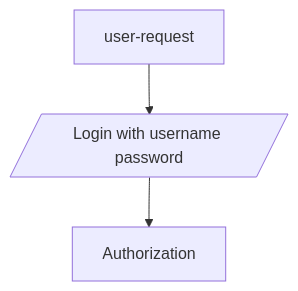
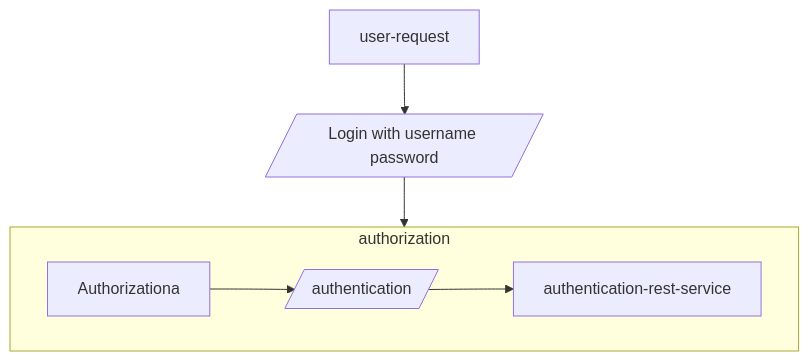
Before and after one commit to sonamsamdupkhangsar/spring-authorization-serve: the diagram in README.md, drawn with Mermaid.

````diff
--- a/README.md
+++ b/README.md
@@ -35,6 +35,8 @@
 ```mermaid
 flowchart TD
  User[user-request] -->login[/Login with username password/]--> authorization[Authorization]
  
- 
+ subgraph authorization
+ Authorizationa-->authenticate[/authentication/]--> authentication[authentication-rest-service]
+ end 
 ```
````
